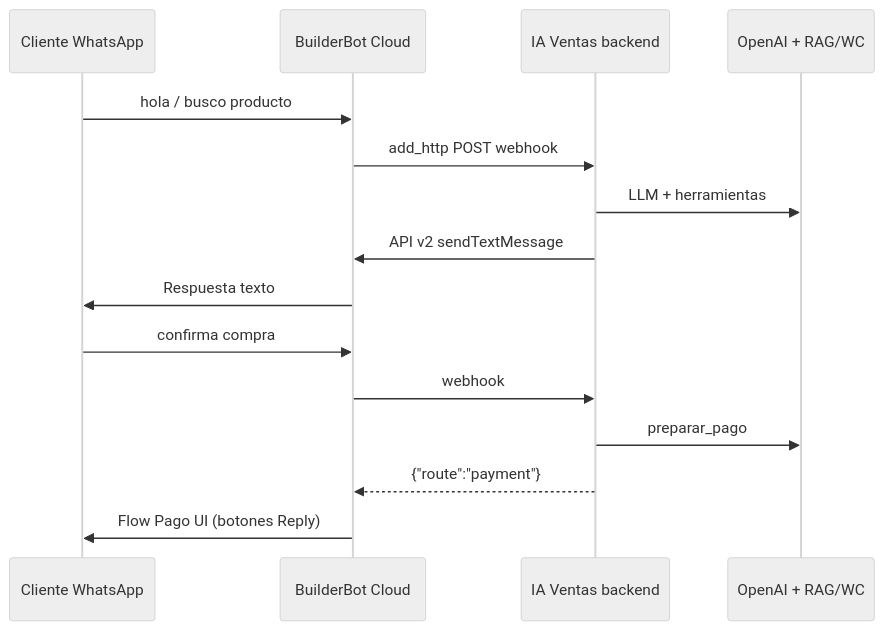
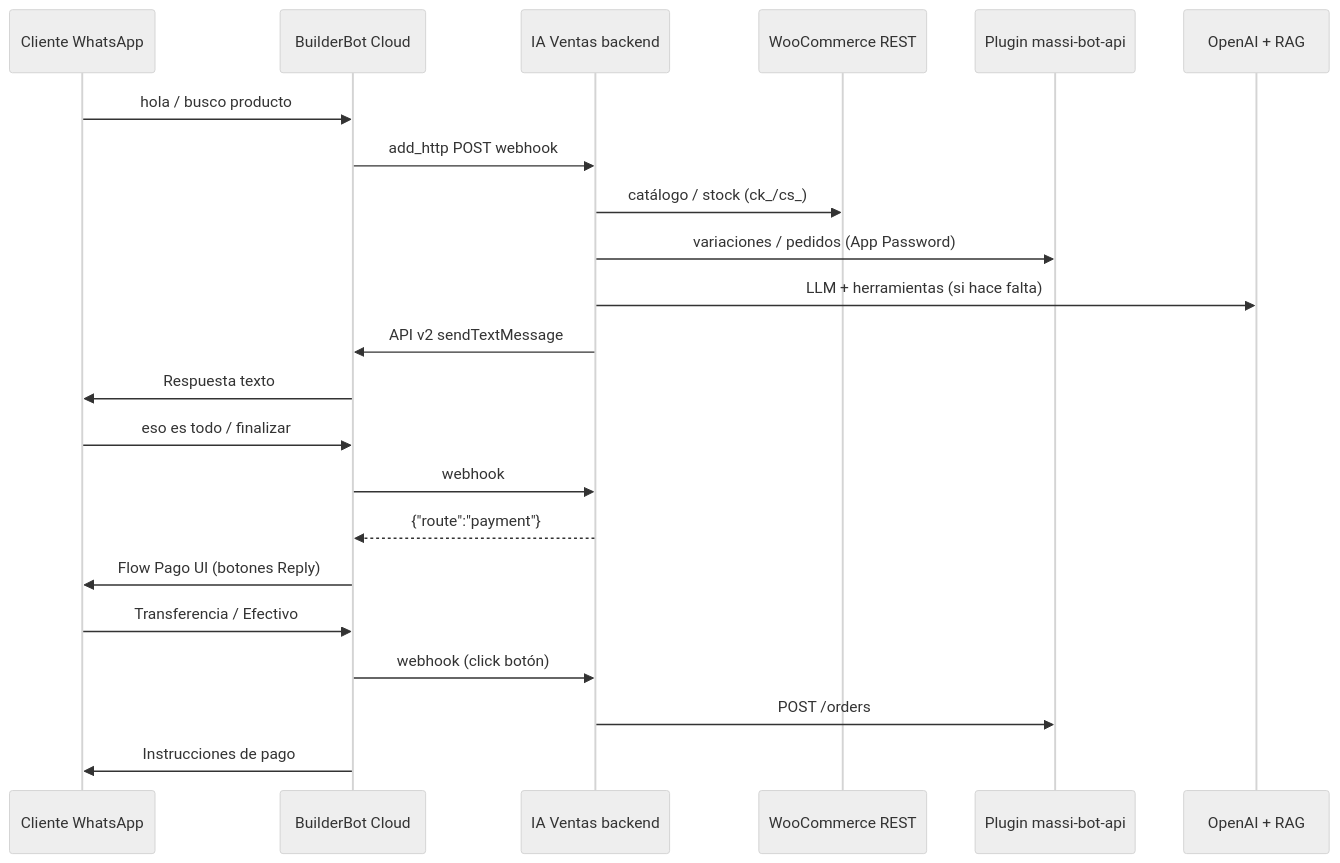
Before and after one commit to StikW/IA-Ventas-B: the first of 2 diagrams in docs/whatsapp-massi.md, drawn with Mermaid (neutral theme). The commit also changed other lines of this file and 13 other files, not shown here.

First line of the commit message:
feat: checkout por link WhatsApp con carrito genérico y docs MASSI

````diff
--- a/docs/whatsapp-massi.md
+++ b/docs/whatsapp-massi.md
@@ -9,19 +11,27 @@
 ```mermaid
 sequenceDiagram
   participant C as Cliente WhatsApp
   participant BBC as BuilderBot Cloud
   participant API as IA Ventas backend
-  participant IA as OpenAI + RAG/WC
+  participant WC as WooCommerce REST
+  participant MASSI as Plugin massi-bot-api
+  participant IA as OpenAI + RAG
 
   C->>BBC: hola / busco producto
   BBC->>API: add_http POST webhook
-  API->>IA: LLM + herramientas
+  API->>WC: catálogo / stock (ck_/cs_)
+  API->>MASSI: variaciones / pedidos (App Password)
+  API->>IA: LLM + herramientas (si hace falta)
   API->>BBC: API v2 sendTextMessage
   BBC->>C: Respuesta texto
 
-  C->>BBC: confirma compra
+  C->>BBC: eso es todo / finalizar
   BBC->>API: webhook
-  API->>IA: preparar_pago
   API-->>BBC: {"route":"payment"}
   BBC->>C: Flow Pago UI (botones Reply)
+
+  C->>BBC: Transferencia / Efectivo
+  BBC->>API: webhook (click botón)
+  API->>MASSI: POST /orders
+  BBC->>C: Instrucciones de pago
 ```
````
